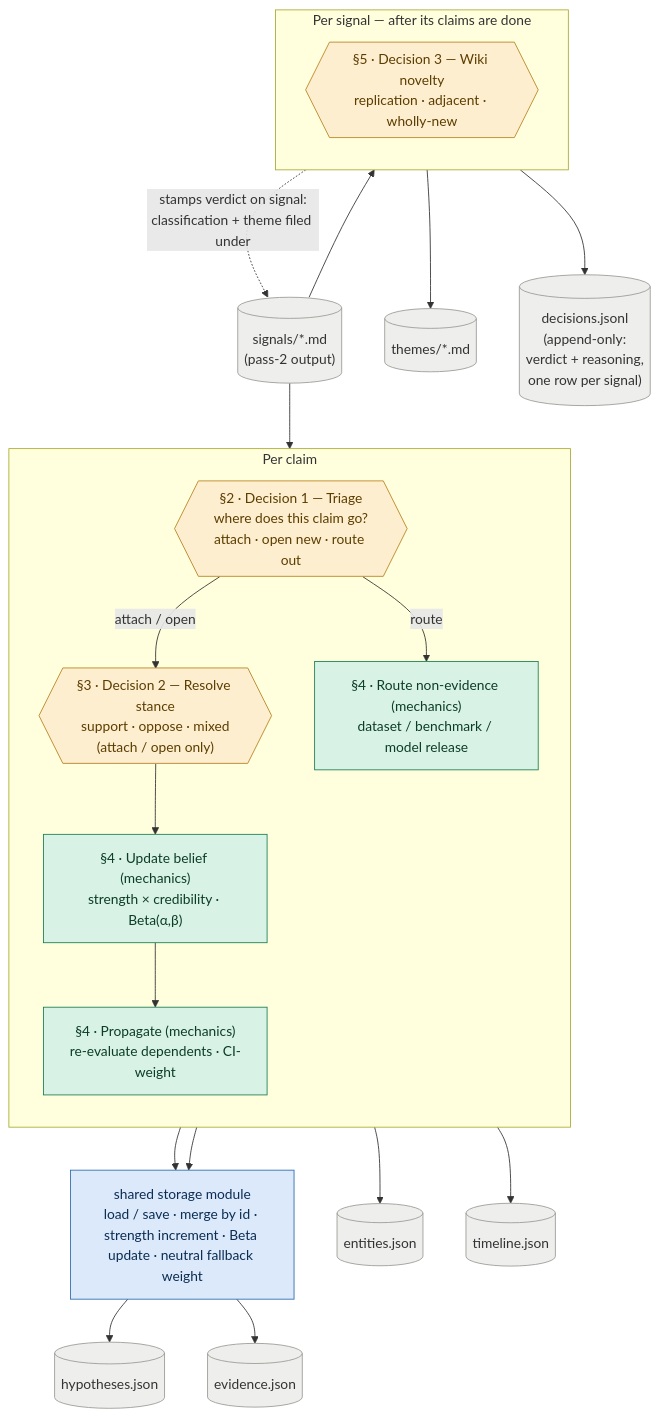
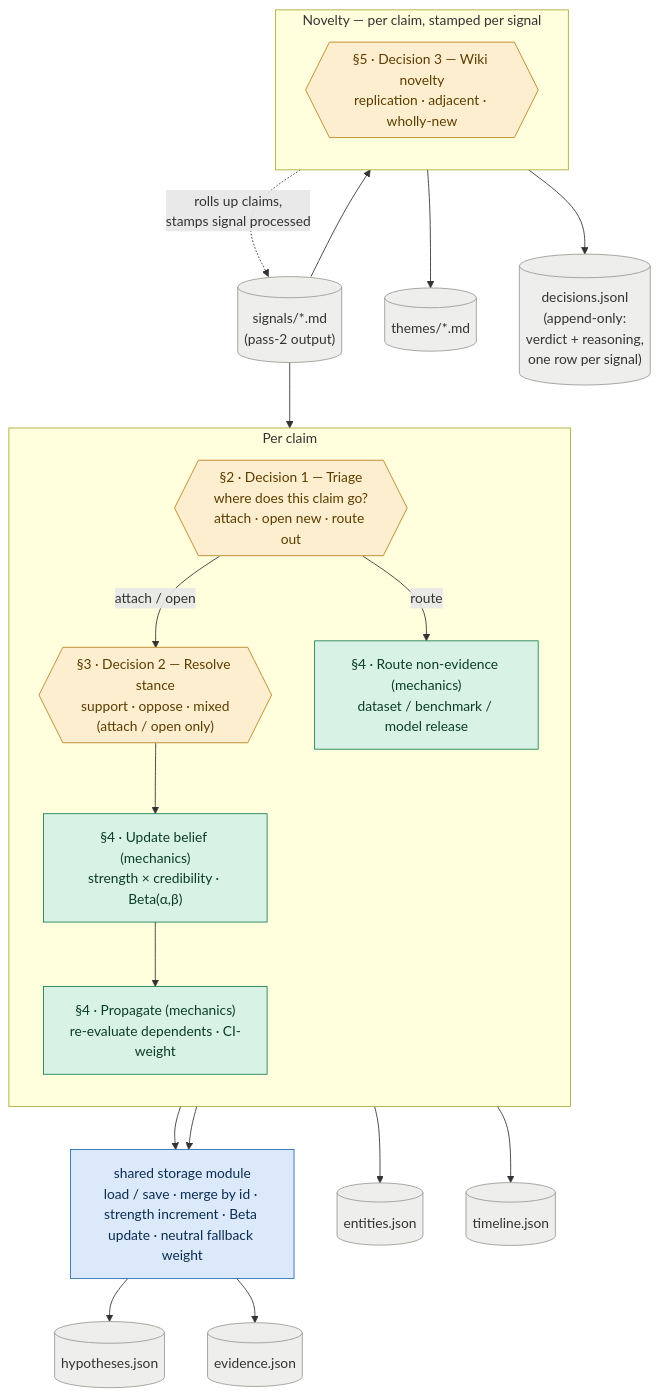
One commit to jmamath/distill changed the diagram in docs/planning/backlog/9_knowledge_update_loop.md. Above: the diagram before and after it, drawn with Mermaid. The commit also changed other lines of this file, not shown here.

First line of the commit message:
Plan 9: make the claim the unit for wiki novelty

````diff
--- a/docs/planning/backlog/9_knowledge_update_loop.md
+++ b/docs/planning/backlog/9_knowledge_update_loop.md
@@ -22,41 +22,41 @@
 ```mermaid
 flowchart TB
     sig[("signals/*.md<br/>(pass-2 output)")]:::data
 
     subgraph perclaim["Per claim"]
         direction TB
         d1{{"§2 · Decision 1 — Triage<br/>where does this claim go?<br/>attach · open new · route out"}}:::llm
         d2{{"§3 · Decision 2 — Resolve stance<br/>support · oppose · mixed<br/>(attach / open only)"}}:::llm
         belief["§4 · Update belief (mechanics)<br/>strength × credibility · Beta(α,β)"]:::det
         prop["§4 · Propagate (mechanics)<br/>re-evaluate dependents · CI-weight"]:::det
         route["§4 · Route non-evidence (mechanics)<br/>dataset / benchmark / model release"]:::det
     end
 
-    subgraph persignal["Per signal — after its claims are done"]
+    subgraph persignal["Novelty — per claim, stamped per signal"]
         direction TB
         d3{{"§5 · Decision 3 — Wiki novelty<br/>replication · adjacent · wholly-new"}}:::llm
     end
 
     store["shared storage module<br/>load / save · merge by id · strength increment · Beta update · neutral fallback weight"]:::store
 
     sig --> d1
     d1 -->|attach / open| d2
     d1 -->|route| route
     d2 --> belief --> prop
     belief --> store
     prop --> store
     store --> hyp[("hypotheses.json")]:::data
     store --> ev[("evidence.json")]:::data
     route --> ent[("entities.json")]:::data
     route --> tl[("timeline.json")]:::data
 
     sig --> d3
     d3 --> themes[("themes/*.md")]:::data
     d3 --> dlog[("decisions.jsonl<br/>(append-only:<br/>verdict + reasoning,<br/>one row per signal)")]:::data
-    d3 -. "stamps verdict on signal:<br/>classification + theme filed under" .-> sig
+    d3 -. "rolls up claims,<br/>stamps signal processed" .-> sig
 
     classDef llm fill:#fdeecf,stroke:#b9821f,color:#5c3d00;
     classDef det fill:#d9f2e6,stroke:#1a7f52,color:#0b3d26;
     classDef store fill:#dbe9fb,stroke:#2b6cb0,color:#0b2d52;
     classDef data fill:#eeeeec,stroke:#9a9a96,color:#333333;
 ```
````
